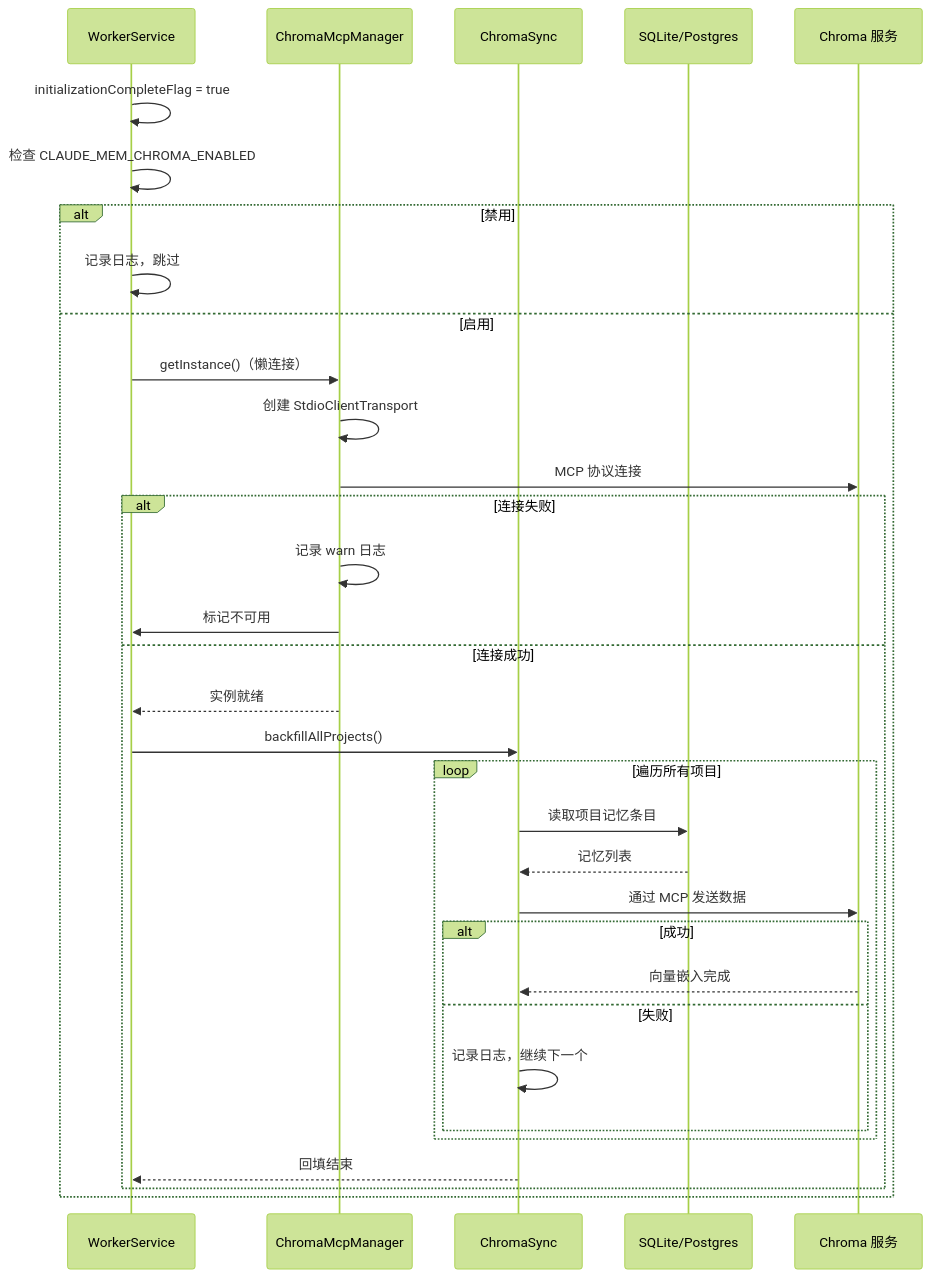
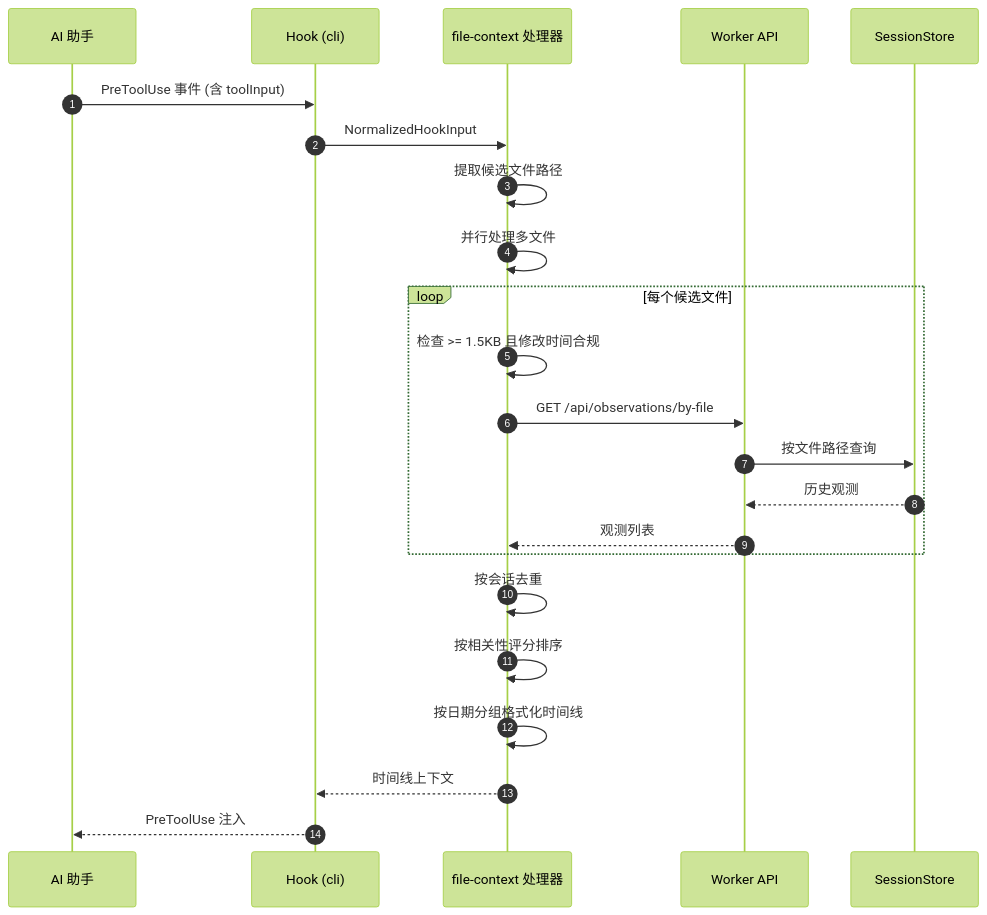
Before and after one commit to sharesdoc/claude-mem: diagram 13 of 14 in doc/B-系统设计文档.md, drawn with Mermaid (forest theme). The commit also changed other lines of this file and 22 other files, not shown here.

````diff
--- a/doc/B-系统设计文档.md
+++ b/doc/B-系统设计文档.md
@@ -783,36 +767,26 @@
 ```mermaid
 sequenceDiagram
-    participant WS as WorkerService
-    participant CMM as ChromaMcpManager
-    participant CS as ChromaSync
-    participant DB as SQLite/Postgres
-    participant Chroma as Chroma 服务
+    autonumber
+    participant AI as AI 助手
+    participant HK as Hook (cli)
+    participant FC as file-context 处理器
+    participant W as Worker API
+    participant DB as SessionStore
 
-    WS->>WS: initializationCompleteFlag = true
-    WS->>WS: 检查 CLAUDE_MEM_CHROMA_ENABLED
-    alt 禁用
-        WS->>WS: 记录日志，跳过
-    else 启用
-        WS->>CMM: getInstance()（懒连接）
-        CMM->>CMM: 创建 StdioClientTransport
-        CMM->>Chroma: MCP 协议连接
-        alt 连接失败
-            CMM->>CMM: 记录 warn 日志
-            CMM->>WS: 标记不可用
-        else 连接成功
-            CMM-->>WS: 实例就绪
-            WS->>CS: backfillAllProjects()
-            loop 遍历所有项目
-                CS->>DB: 读取项目记忆条目
-                DB-->>CS: 记忆列表
-                CS->>Chroma: 通过 MCP 发送数据
-                alt 成功
-                    Chroma-->>CS: 向量嵌入完成
-                else 失败
-                    CS->>CS: 记录日志，继续下一个
-                end
-            end
-            CS-->>WS: 回填结束
-        end
+    AI->>HK: PreToolUse 事件 (含 toolInput)
+    HK->>FC: NormalizedHookInput
+    FC->>FC: 提取候选文件路径
+    FC->>FC: 并行处理多文件
+    loop 每个候选文件
+        FC->>FC: 检查 >= 1.5KB 且修改时间合规
+        FC->>W: GET /api/observations/by-file
+        W->>DB: 按文件路径查询
+        DB-->>W: 历史观测
+        W-->>FC: 观测列表
     end
+    FC->>FC: 按会话去重
+    FC->>FC: 按相关性评分排序
+    FC->>FC: 按日期分组格式化时间线
+    FC-->>HK: 时间线上下文
+    HK-->>AI: PreToolUse 注入
 ```
````
